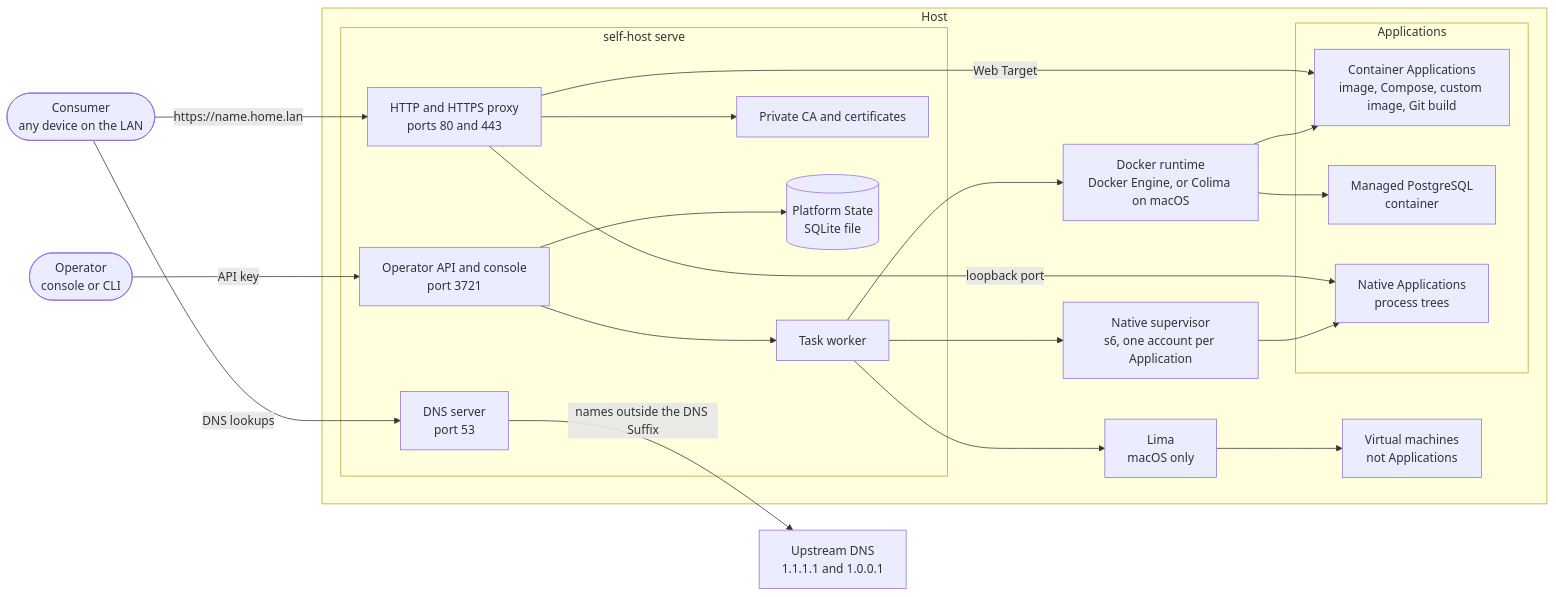
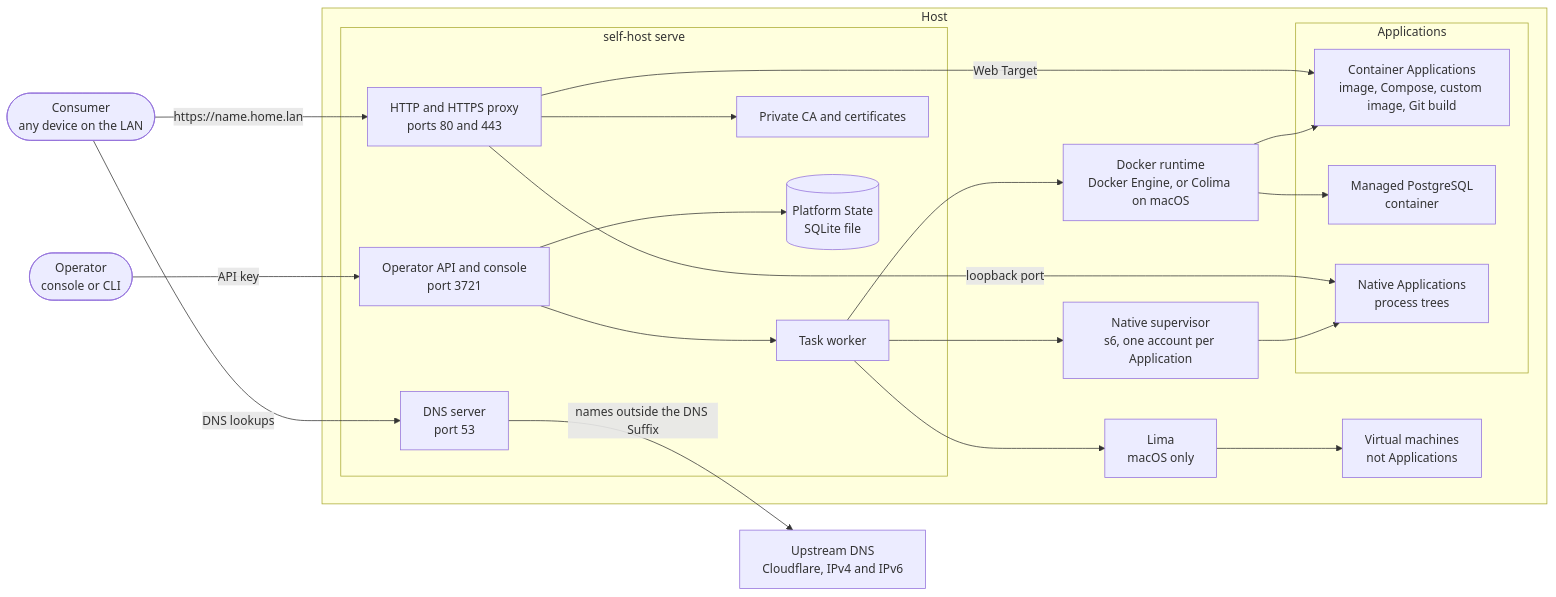
Before and after one commit to momoi-labs/self-host: the diagram in README.md, drawn with Mermaid. The commit also changed other lines of this file and 13 other files, not shown here.

First line of the commit message:
feat(dns): publish and answer over ipv6

````diff
--- a/README.md
+++ b/README.md
@@ -42,46 +42,46 @@
 ```mermaid
 flowchart LR
   operator(["Operator<br/>console or CLI"])
   consumer(["Consumer<br/>any device on the LAN"])
-  upstream["Upstream DNS<br/>1.1.1.1 and 1.0.0.1"]
+  upstream["Upstream DNS<br/>Cloudflare, IPv4 and IPv6"]
 
   subgraph host["Host"]
     subgraph daemon["self-host serve"]
       api["Operator API and console<br/>port 3721"]
       worker["Task worker"]
       dns["DNS server<br/>port 53"]
       proxy["HTTP and HTTPS proxy<br/>ports 80 and 443"]
       certs["Private CA and certificates"]
       state[("Platform State<br/>SQLite file")]
     end
 
     docker["Docker runtime<br/>Docker Engine, or Colima on macOS"]
     supervisor["Native supervisor<br/>s6, one account per Application"]
     lima["Lima<br/>macOS only"]
 
     subgraph apps["Applications"]
       containers["Container Applications<br/>image, Compose, custom image, Git build"]
       databases["Managed PostgreSQL<br/>container"]
       natives["Native Applications<br/>process trees"]
     end
 
     vms["Virtual machines<br/>not Applications"]
   end
 
   operator -->|"API key"| api
   api --> state
   api --> worker
   worker --> docker
   worker --> supervisor
   worker --> lima
   docker --> containers
   docker --> databases
   supervisor --> natives
   lima --> vms
   consumer -->|"DNS lookups"| dns
   dns -->|"names outside the DNS Suffix"| upstream
   consumer -->|"https://name.home.lan"| proxy
   proxy --> certs
   proxy -->|"Web Target"| containers
   proxy -->|"loopback port"| natives
 ```
````
